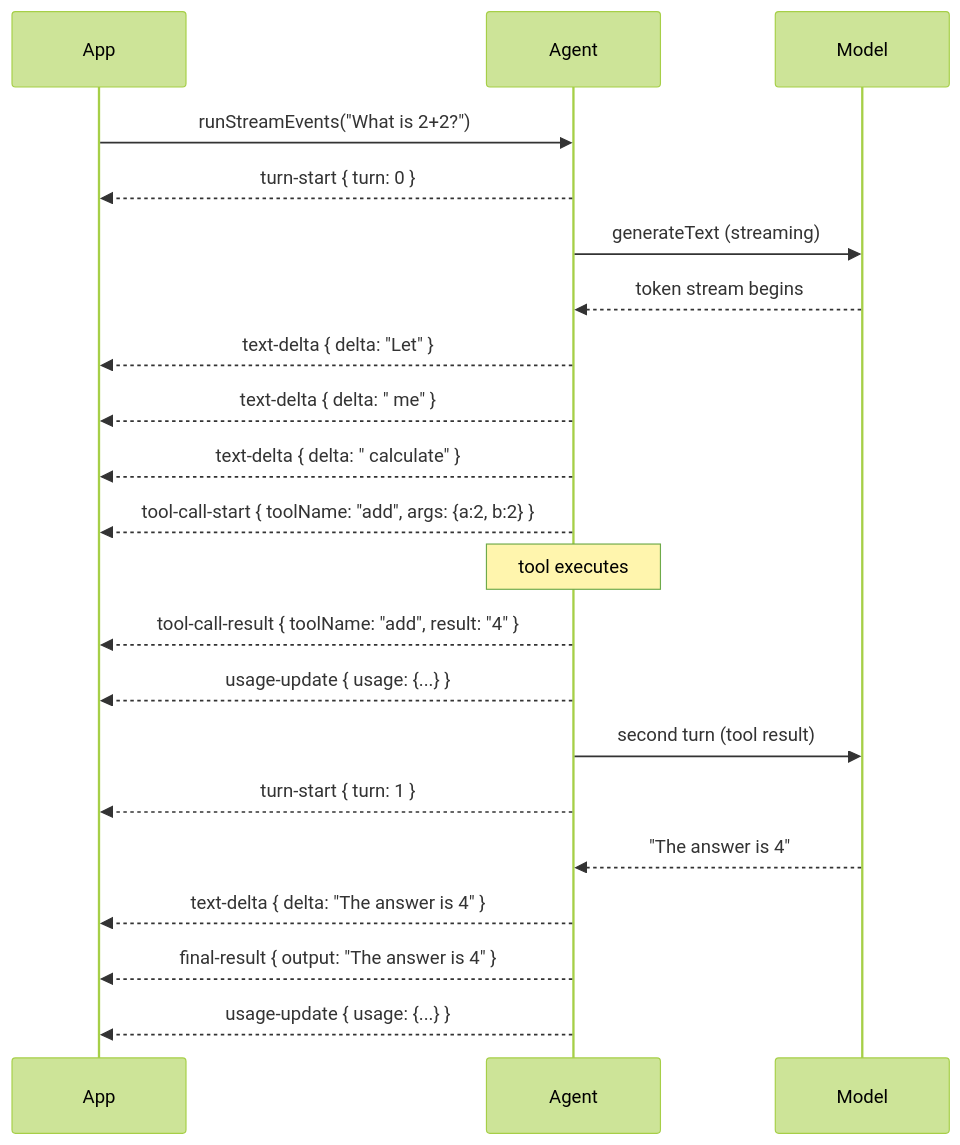
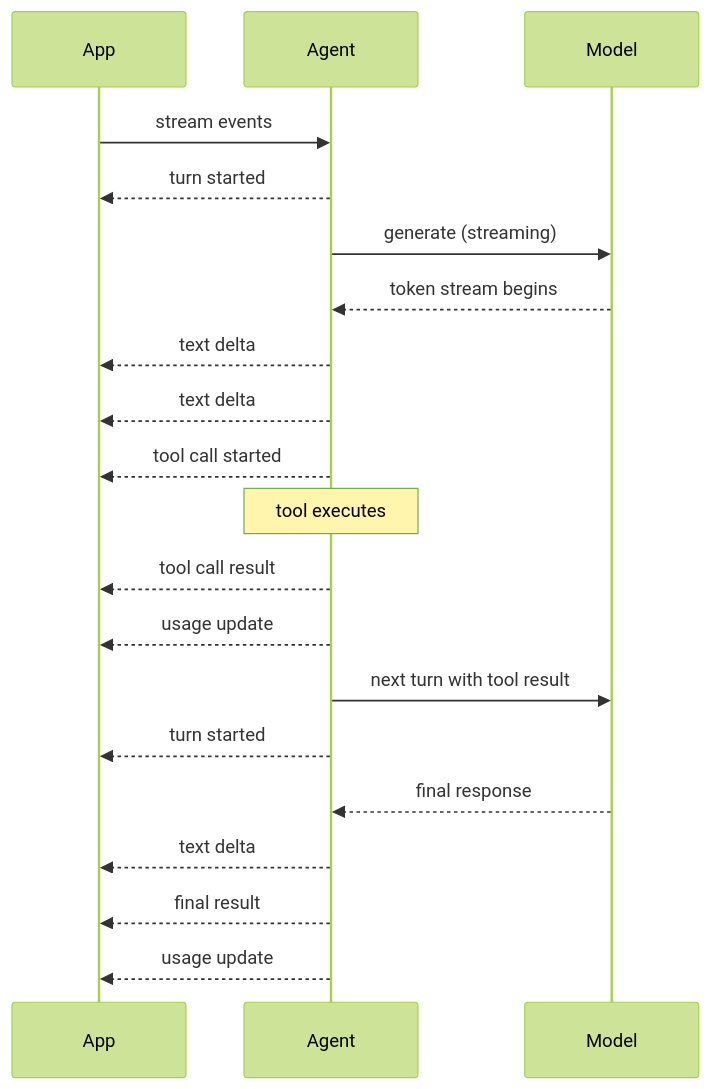
The diagram in packages/framework/docs/concepts/streaming.mdx (a7ul/vibes), drawn with Mermaid (forest theme) before and after one commit. The commit also changed 26 other files, not shown here.

````diff
--- a/packages/framework/docs/concepts/streaming.mdx
+++ b/packages/framework/docs/concepts/streaming.mdx
@@ -12,24 +12,23 @@
 ```mermaid
 sequenceDiagram
     participant App
     participant Agent
     participant Model
 
-    App->>Agent: runStreamEvents("What is 2+2?")
-    Agent-->>App: turn-start { turn: 0 }
-    Agent->>Model: generateText (streaming)
+    App->>Agent: stream events
+    Agent-->>App: turn started
+    Agent->>Model: generate (streaming)
     Model-->>Agent: token stream begins
-    Agent-->>App: text-delta { delta: "Let" }
-    Agent-->>App: text-delta { delta: " me" }
-    Agent-->>App: text-delta { delta: " calculate" }
-    Agent-->>App: tool-call-start { toolName: "add", args: {a:2, b:2} }
+    Agent-->>App: text delta
+    Agent-->>App: text delta
+    Agent-->>App: tool call started
     Note over Agent: tool executes
-    Agent-->>App: tool-call-result { toolName: "add", result: "4" }
-    Agent-->>App: usage-update { usage: {...} }
-    Agent->>Model: second turn (tool result)
-    Agent-->>App: turn-start { turn: 1 }
-    Model-->>Agent: "The answer is 4"
-    Agent-->>App: text-delta { delta: "The answer is 4" }
-    Agent-->>App: final-result { output: "The answer is 4" }
-    Agent-->>App: usage-update { usage: {...} }
+    Agent-->>App: tool call result
+    Agent-->>App: usage update
+    Agent->>Model: next turn with tool result
+    Agent-->>App: turn started
+    Model-->>Agent: final response
+    Agent-->>App: text delta
+    Agent-->>App: final result
+    Agent-->>App: usage update
 ```
````
